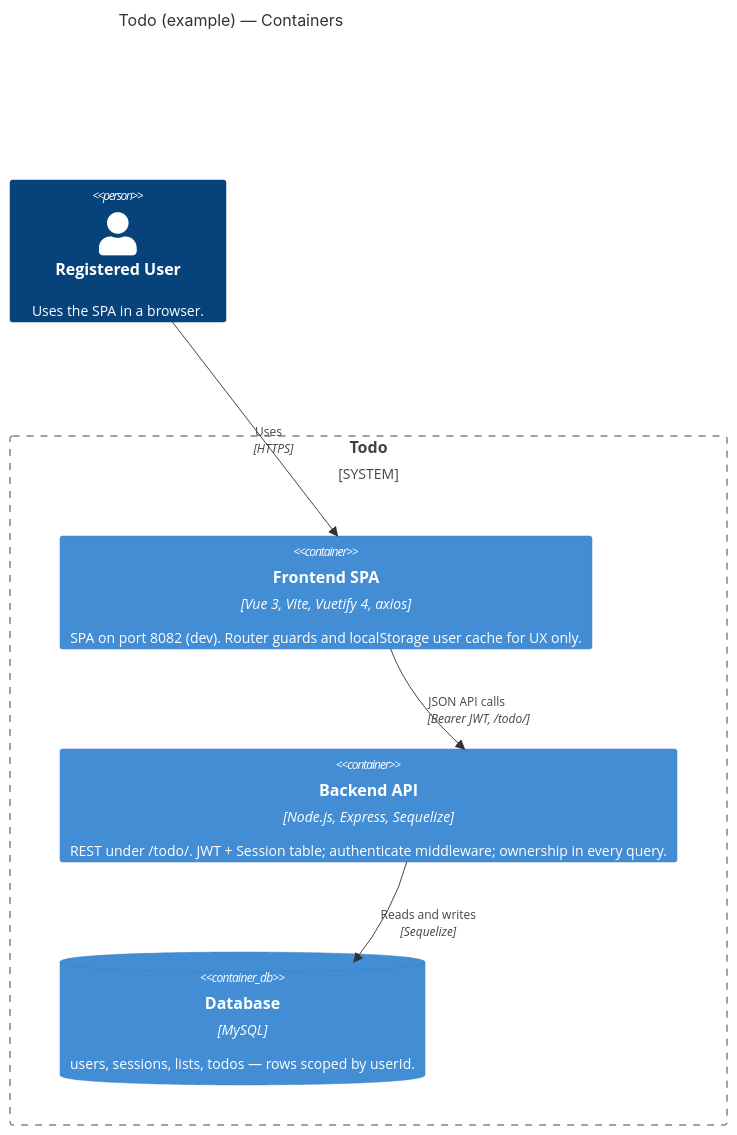
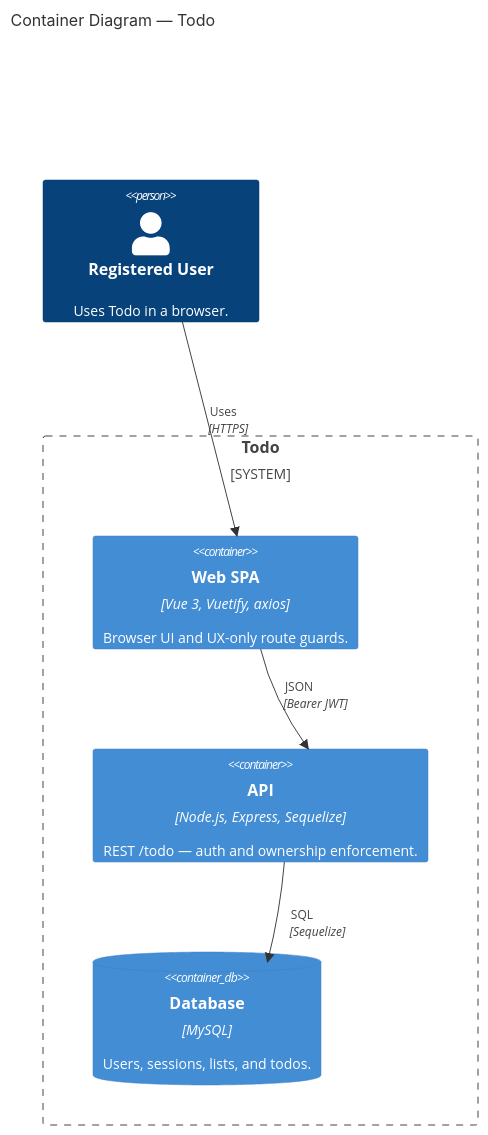
One commit to OC-ComputerScience/todospeckit changed the diagram in docs/arch_diagrams/c4-container.md. Above: the diagram before and after it, drawn with Mermaid. The commit also changed other lines of this file and 17 other files, not shown here.

````diff
--- a/docs/arch_diagrams/c4-container.md
+++ b/docs/arch_diagrams/c4-container.md
@@ -5,16 +5,21 @@
 ```mermaid
 C4Container
-title Todo (example) — Containers
+title Container Diagram — Todo
 
-Person(user, "Registered User", "Uses the SPA in a browser.")
+Person(user, "Registered User", "Uses Todo in a browser.")
 
 System_Boundary(todoApp, "Todo") {
-    Container(spa, "Frontend SPA", "Vue 3, Vite, Vuetify 4, axios", "SPA on port 8082 (dev). Router guards and localStorage user cache for UX only.")
-    Container(api, "Backend API", "Node.js, Express, Sequelize", "REST under /todo/. JWT + Session table; authenticate middleware; ownership in every query.")
-    ContainerDb(db, "Database", "MySQL", "users, sessions, lists, todos — rows scoped by userId.")
+  Container(spa, "Web SPA", "Vue 3, Vuetify, axios", "Browser UI and UX-only route guards.")
+  Container(api, "API", "Node.js, Express, Sequelize", "REST /todo — auth and ownership enforcement.")
+  ContainerDb(db, "Database", "MySQL", "Users, sessions, lists, and todos.")
 }
 
 Rel(user, spa, "Uses", "HTTPS")
-Rel(spa, api, "JSON API calls", "Bearer JWT, /todo/")
-Rel(api, db, "Reads and writes", "Sequelize")
+Rel(spa, api, "JSON", "Bearer JWT")
+Rel(api, db, "SQL", "Sequelize")
+
+UpdateLayoutConfig($c4ShapeInRow="3", $c4BoundaryInRow="1")
+UpdateRelStyle(user, spa, $offsetY="-20")
+UpdateRelStyle(spa, api, $offsetY="-15")
+UpdateRelStyle(api, db, $offsetX="15")
 ```
````
